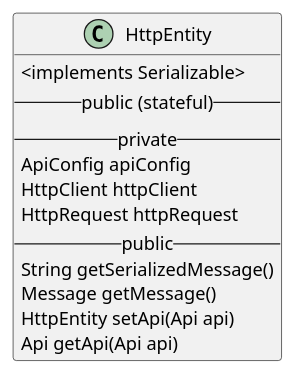
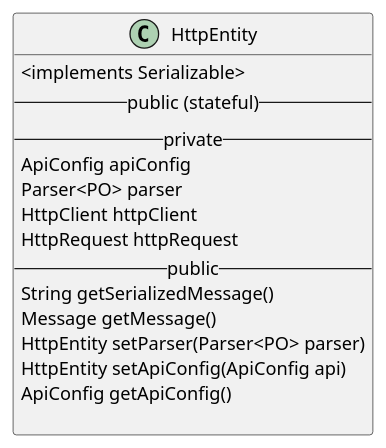
The diagram in docs/diagrams/HttpEntity.puml (datakaveri/iudx-adaptor-framework), drawn with PlantUML before and after one commit. The commit also changed 20 other files, not shown here.

Commit message:
SimpleB flow working. Removed cascading deps in ApiConig.

```diff
--- a/docs/diagrams/HttpEntity.puml
+++ b/docs/diagrams/HttpEntity.puml
@@ -1,15 +1,18 @@
 @startuml
 class HttpEntity  {
     <implements Serializable>
   -- public (stateful) --
   -- private --
   ApiConfig apiConfig
+  Parser<PO> parser
   HttpClient httpClient
   HttpRequest httpRequest
   -- public --
   String getSerializedMessage()
   Message getMessage()
-  HttpEntity setApi(Api api)
-  Api getApi(Api api)
+  HttpEntity setParser(Parser<PO> parser)
+  HttpEntity setApiConfig(ApiConfig api)
+  ApiConfig getApiConfig()
+  
 }
 @enduml
```
